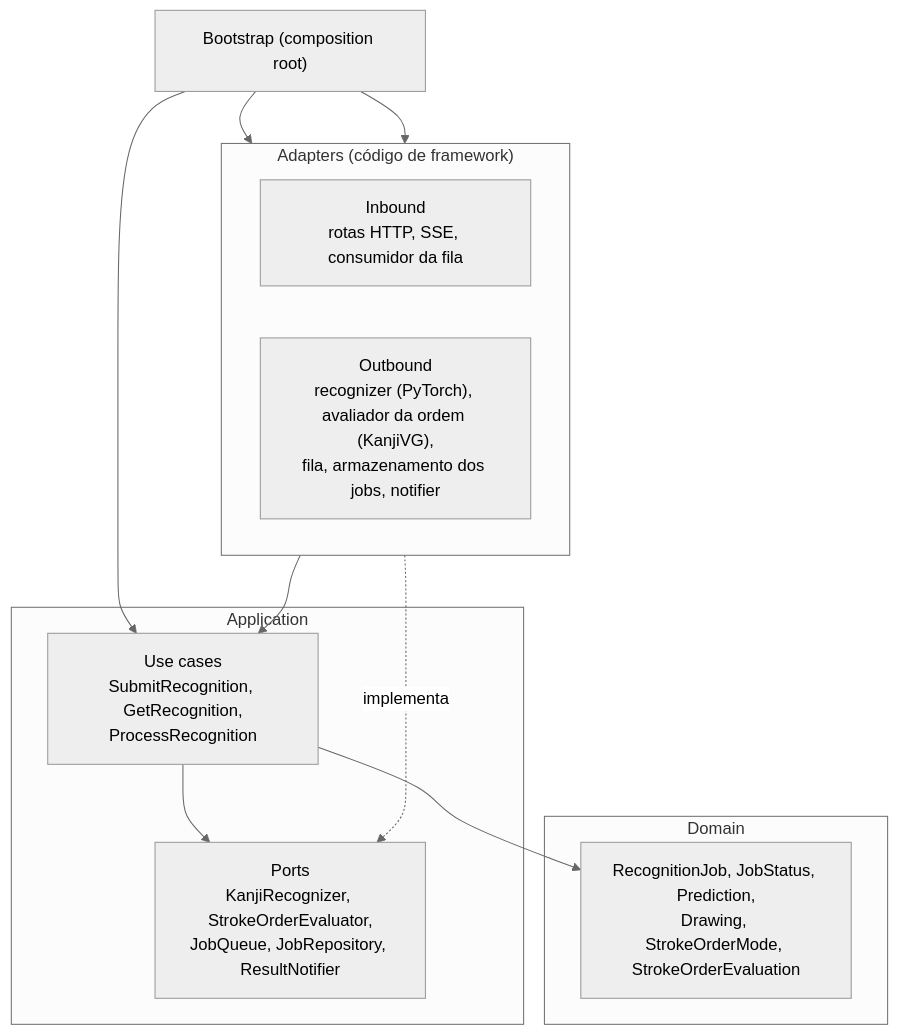
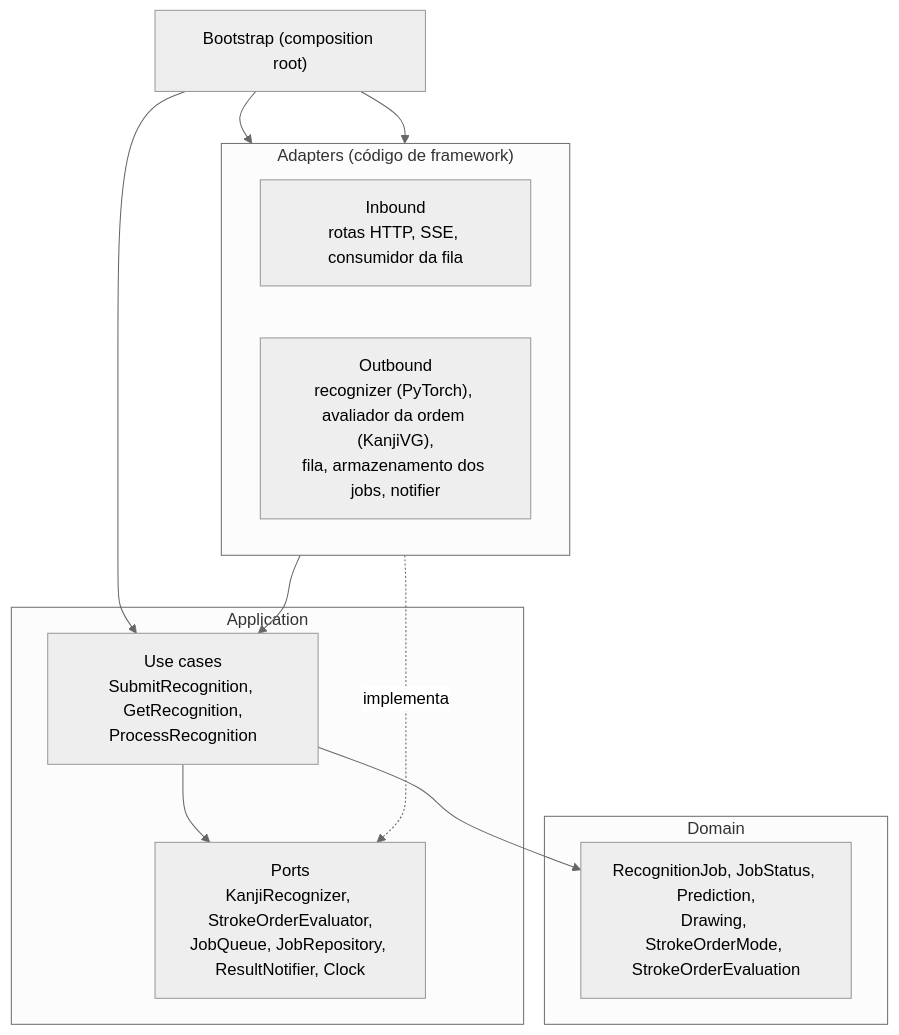
One commit to Asuka-Jyuku/kanji-lens changed the second of 3 diagrams in docs/ARCHITECTURE.md. Above: the diagram before and after it, drawn with Mermaid (neutral theme). The commit also changed other lines of this file and 29 other files, not shown here.

````diff
--- a/docs/ARCHITECTURE.md
+++ b/docs/ARCHITECTURE.md
@@ -241,22 +241,22 @@
 ```mermaid
 flowchart TB
     subgraph adapters["Adapters (código de framework)"]
         direction LR
         inbound["Inbound<br/>rotas HTTP, SSE, consumidor da fila"]
         outbound["Outbound<br/>recognizer (PyTorch), avaliador da ordem (KanjiVG),<br/>fila, armazenamento dos jobs, notifier"]
     end
     subgraph application["Application"]
         usecases["Use cases<br/>SubmitRecognition, GetRecognition,<br/>ProcessRecognition"]
-        ports["Ports<br/>KanjiRecognizer, StrokeOrderEvaluator,<br/>JobQueue, JobRepository, ResultNotifier"]
+        ports["Ports<br/>KanjiRecognizer, StrokeOrderEvaluator,<br/>JobQueue, JobRepository, ResultNotifier, Clock"]
     end
     subgraph domain["Domain"]
         entities["RecognitionJob, JobStatus, Prediction,<br/>Drawing, StrokeOrderMode, StrokeOrderEvaluation"]
     end
     bootstrap["Bootstrap (composition root)"]
 
     inbound --> usecases
     usecases --> ports
     usecases --> entities
     outbound -. implementa .-> ports
     bootstrap --> inbound & outbound & usecases
 ```
````
